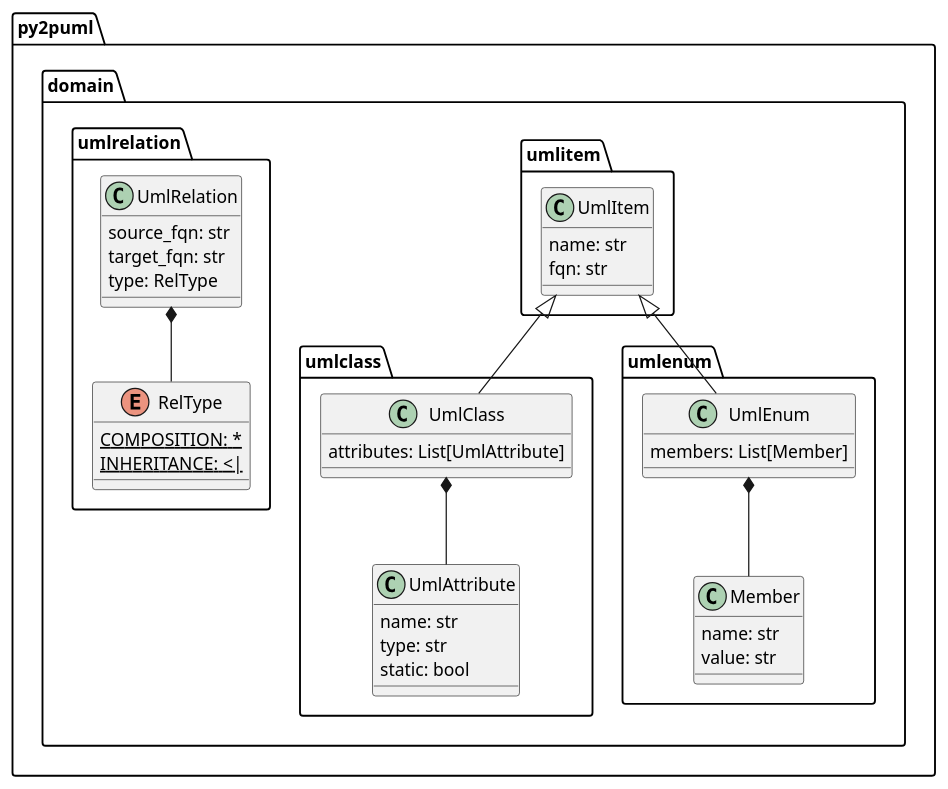
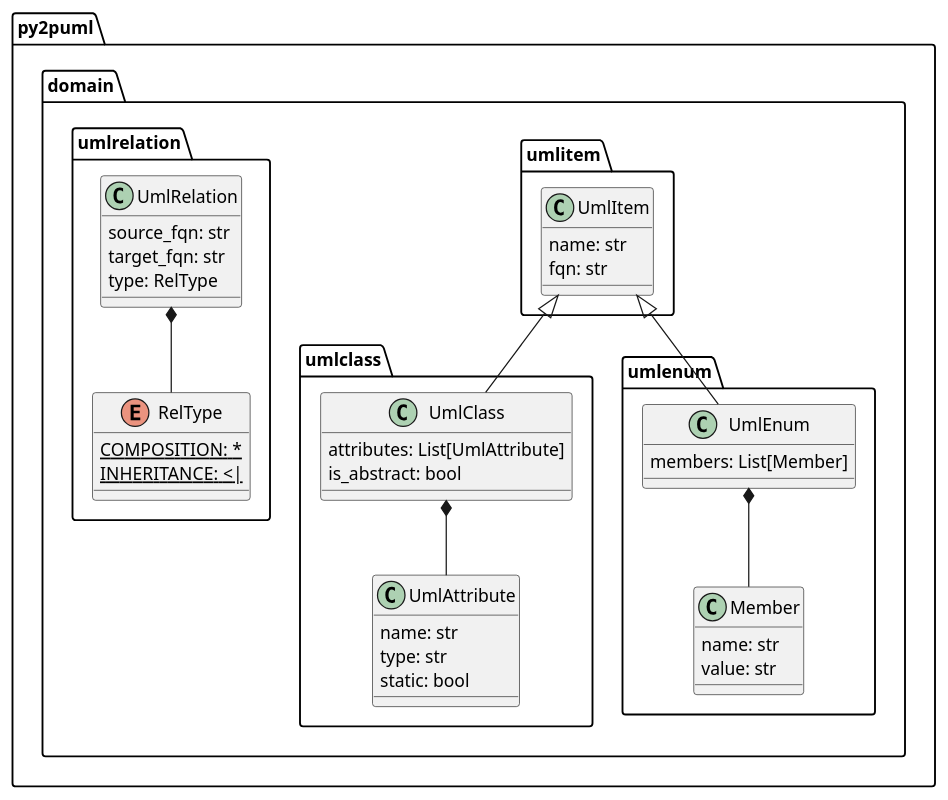
Before and after one commit to lucsorel/py2puml: the diagram in py2puml/py2puml.domain.puml, drawn with PlantUML. The commit also changed 13 other files, not shown here.

```diff
--- a/py2puml/py2puml.domain.puml
+++ b/py2puml/py2puml.domain.puml
@@ -1,35 +1,36 @@
 @startuml
 class py2puml.domain.umlclass.UmlAttribute {
   name: str
   type: str
   static: bool
 }
 class py2puml.domain.umlclass.UmlClass {
   attributes: List[UmlAttribute]
+  is_abstract: bool
 }
 class py2puml.domain.umlitem.UmlItem {
   name: str
   fqn: str
 }
 class py2puml.domain.umlenum.Member {
   name: str
   value: str
 }
 class py2puml.domain.umlenum.UmlEnum {
   members: List[Member]
 }
 enum py2puml.domain.umlrelation.RelType {
   COMPOSITION: * {static}
   INHERITANCE: <| {static}
 }
 class py2puml.domain.umlrelation.UmlRelation {
   source_fqn: str
   target_fqn: str
   type: RelType
 }
 py2puml.domain.umlclass.UmlClass *-- py2puml.domain.umlclass.UmlAttribute
 py2puml.domain.umlitem.UmlItem <|-- py2puml.domain.umlclass.UmlClass
 py2puml.domain.umlenum.UmlEnum *-- py2puml.domain.umlenum.Member
 py2puml.domain.umlitem.UmlItem <|-- py2puml.domain.umlenum.UmlEnum
 py2puml.domain.umlrelation.UmlRelation *-- py2puml.domain.umlrelation.RelType
 @enduml
```
